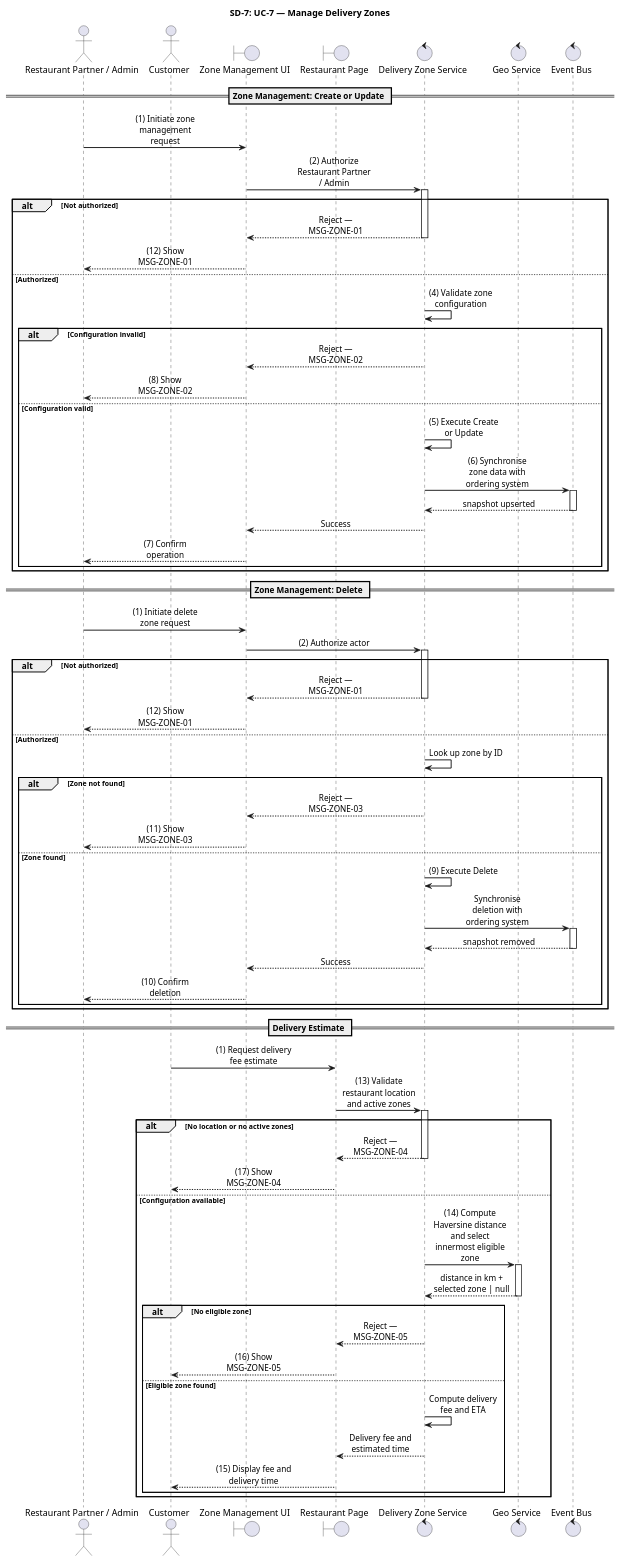
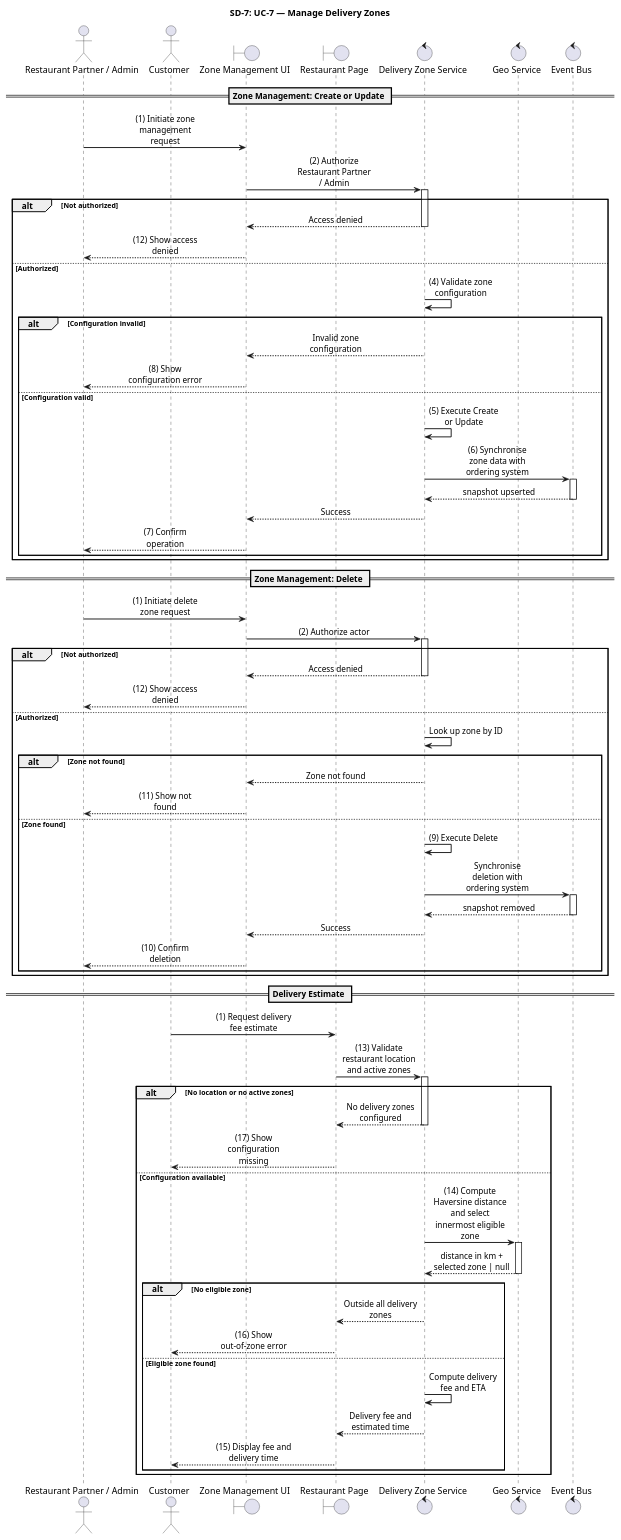
The seventh of 35 diagrams in apps/api/docs/Final_Documents/SRS_SequenceDiagrams.md (luubinhdeptrai/Food_Delivery), drawn with PlantUML before and after one commit. The commit also changed other lines of this file, not shown here.

Commit message:
complete sequence diagram

```diff
--- a/apps/api/docs/Final_Documents/SRS_SequenceDiagrams.md
+++ b/apps/api/docs/Final_Documents/SRS_SequenceDiagrams.md
@@ -500,16 +509,16 @@
 activate ZoneSvc
 
 alt Not authorized
-    ZoneSvc --> ZoneUI : Reject — MSG-ZONE-01
+    ZoneSvc --> ZoneUI : Access denied
     deactivate ZoneSvc
-    ZoneUI --> Partner : (12) Show MSG-ZONE-01
+    ZoneUI --> Partner : (12) Show access denied
 else Authorized
     ZoneSvc -> ZoneSvc : (4) Validate zone configuration
 
     alt Configuration invalid
-        ZoneSvc --> ZoneUI : Reject — MSG-ZONE-02
+        ZoneSvc --> ZoneUI : Invalid zone configuration
         deactivate ZoneSvc
-        ZoneUI --> Partner : (8) Show MSG-ZONE-02
+        ZoneUI --> Partner : (8) Show configuration error
     else Configuration valid
         ZoneSvc -> ZoneSvc : (5) Execute Create or Update
         ZoneSvc -> EventBus : (6) Synchronise zone data with ordering system
@@ -529,16 +538,16 @@
 activate ZoneSvc
 
 alt Not authorized
-    ZoneSvc --> ZoneUI : Reject — MSG-ZONE-01
+    ZoneSvc --> ZoneUI : Access denied
     deactivate ZoneSvc
-    ZoneUI --> Partner : (12) Show MSG-ZONE-01
+    ZoneUI --> Partner : (12) Show access denied
 else Authorized
     ZoneSvc -> ZoneSvc : Look up zone by ID
 
     alt Zone not found
-        ZoneSvc --> ZoneUI : Reject — MSG-ZONE-03
+        ZoneSvc --> ZoneUI : Zone not found
         deactivate ZoneSvc
-        ZoneUI --> Partner : (11) Show MSG-ZONE-03
+        ZoneUI --> Partner : (11) Show not found
     else Zone found
         ZoneSvc -> ZoneSvc : (9) Execute Delete
         ZoneSvc -> EventBus : Synchronise deletion with ordering system
@@ -558,9 +567,9 @@
 activate ZoneSvc
 
 alt No location or no active zones
-    ZoneSvc --> RestUI : Reject — MSG-ZONE-04
+    ZoneSvc --> RestUI : No delivery zones configured
     deactivate ZoneSvc
-    RestUI --> Customer : (17) Show MSG-ZONE-04
+    RestUI --> Customer : (17) Show configuration missing
 else Configuration available
     ZoneSvc -> GeoSvc : (14) Compute Haversine distance and select innermost eligible zone
     activate GeoSvc
@@ -568,9 +577,9 @@
     deactivate GeoSvc
 
     alt No eligible zone
-        ZoneSvc --> RestUI : Reject — MSG-ZONE-05
+        ZoneSvc --> RestUI : Outside all delivery zones
         deactivate ZoneSvc
-        RestUI --> Customer : (16) Show MSG-ZONE-05
+        RestUI --> Customer : (16) Show out-of-zone error
     else Eligible zone found
         ZoneSvc -> ZoneSvc : Compute delivery fee and ETA
         ZoneSvc --> RestUI : Delivery fee and estimated time
```
